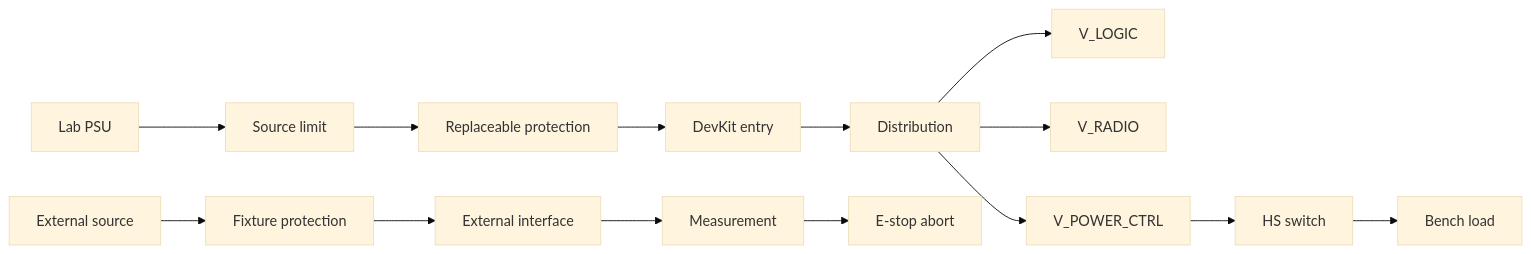
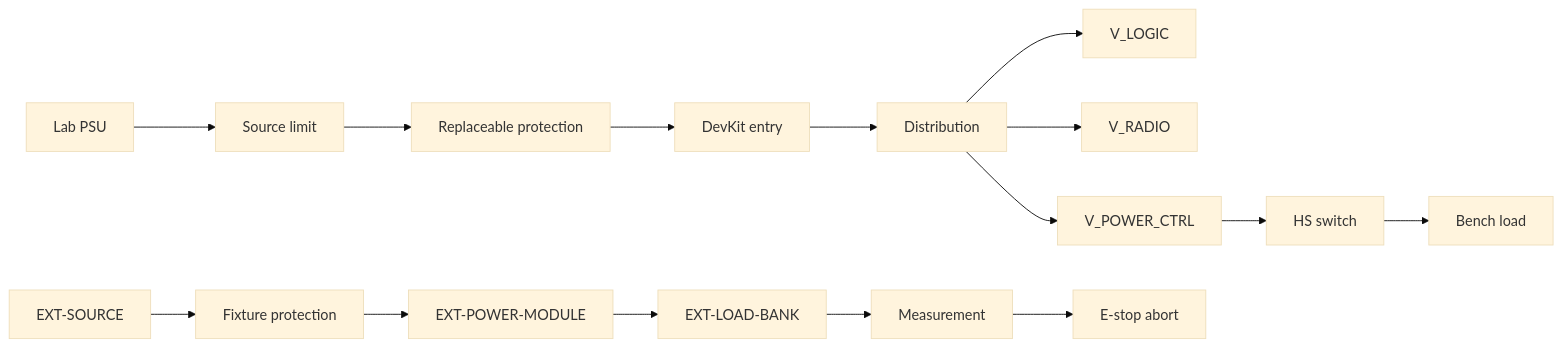
Before and after one commit to Gr1mSkull/Project-Drive-Core: the second of 6 diagrams in docs/DevKit/DevKit_Functional_Block_Diagram.md, drawn with Mermaid (base theme). The commit also changed other lines of this file and 9 other files, not shown here.

First line of the commit message:
WP-010-R1: Functional electrical architecture consistency corrections

````diff
--- a/docs/DevKit/DevKit_Functional_Block_Diagram.md
+++ b/docs/DevKit/DevKit_Functional_Block_Diagram.md
@@ -87,17 +98,18 @@
 ```mermaid
 flowchart LR
     A["Lab PSU"] --> B["Source limit"]
     B --> C["Replaceable protection"]
     C --> D["DevKit entry"]
     D --> E["Distribution"]
     E --> F["V_LOGIC"]
     E --> G["V_RADIO"]
     E --> H["V_POWER_CTRL"]
     H --> I["HS switch"]
     I --> J["Bench load"]
 
-    K["External source"] --> L["Fixture protection"]
-    L --> M["External interface"]
-    M --> N["Measurement"]
-    N --> O["E-stop abort"]
+    S["EXT-SOURCE"] --> T["Fixture protection"]
+    T --> U["EXT-POWER-MODULE"]
+    U --> V["EXT-LOAD-BANK"]
+    V --> W["Measurement"]
+    W --> X["E-stop abort"]
 ```
````
